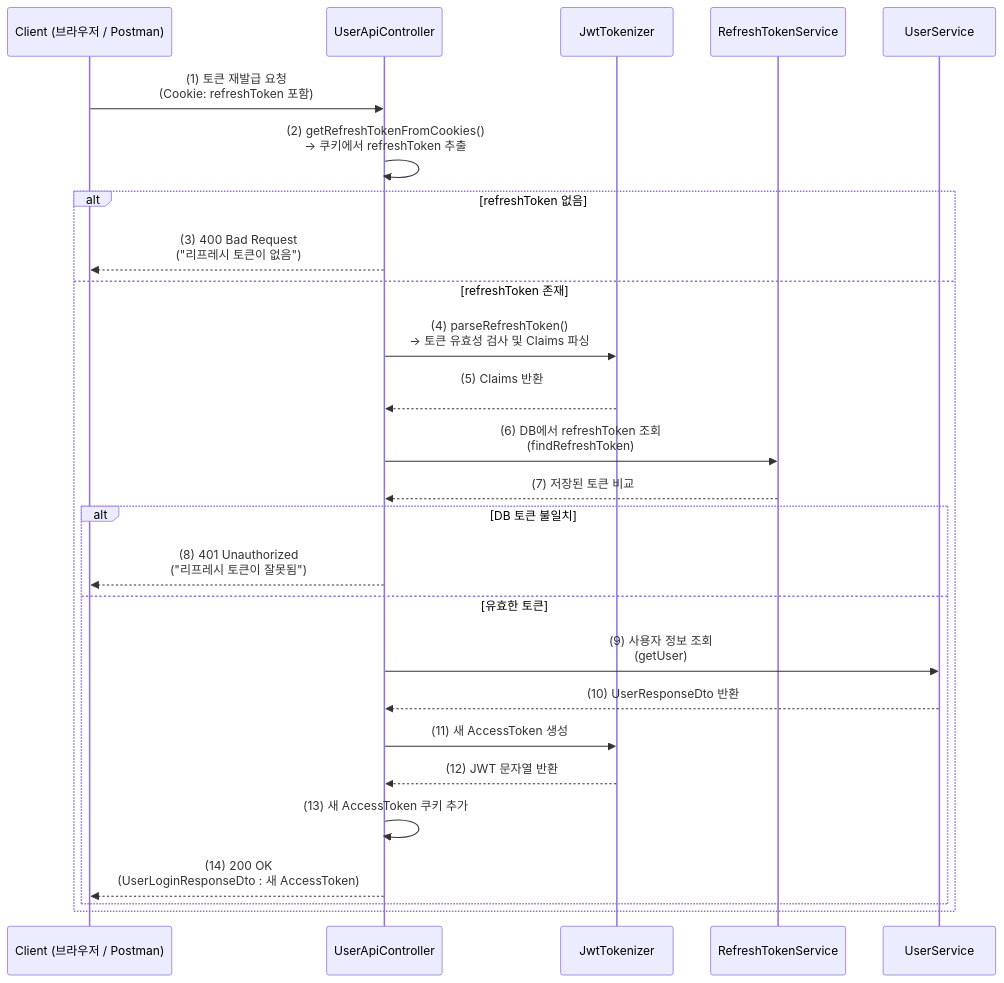
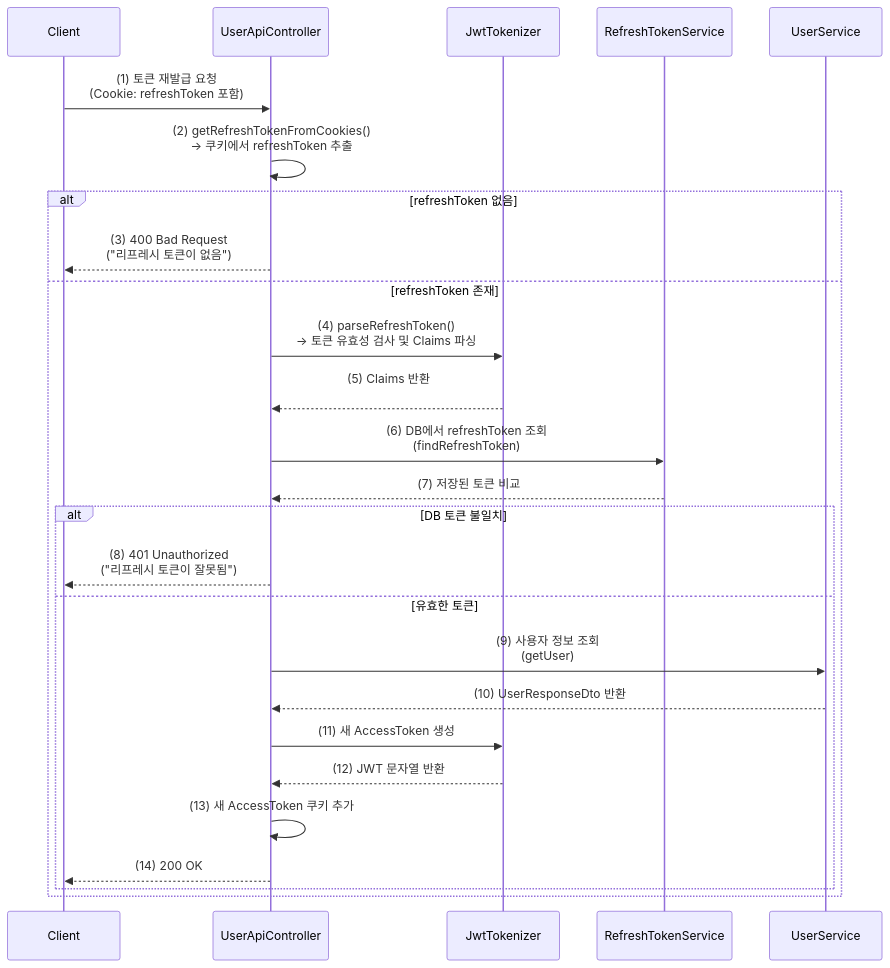
The third of 5 diagrams in src/week_13/_1112/1112내용.md (star1431/backend), drawn with Mermaid before and after one commit. The commit also changed other lines of this file and 4 other files, not shown here.

````diff
--- a/src/week_13/_1112/1112내용.md
+++ b/src/week_13/_1112/1112내용.md
@@ -137,29 +137,29 @@
 ```mermaid
 sequenceDiagram
-    participant C as Client (브라우저 / Postman)
+    participant C as Client
     participant UC as UserApiController
     participant JT as JwtTokenizer
     participant RS as RefreshTokenService
     participant US as UserService
 
     C->>UC: (1) 토큰 재발급 요청<br>(Cookie: refreshToken 포함)
     UC->>UC: (2) getRefreshTokenFromCookies()<br>→ 쿠키에서 refreshToken 추출
     alt refreshToken 없음
         UC-->>C: (3) 400 Bad Request<br>("리프레시 토큰이 없음")
     else refreshToken 존재
         UC->>JT: (4) parseRefreshToken()<br>→ 토큰 유효성 검사 및 Claims 파싱
         JT-->>UC: (5) Claims 반환<br>
         UC->>RS: (6) DB에서 refreshToken 조회<br>(findRefreshToken)
         RS-->>UC: (7) 저장된 토큰 비교
         alt DB 토큰 불일치
             UC-->>C: (8) 401 Unauthorized<br>("리프레시 토큰이 잘못됨")
         else 유효한 토큰
             UC->>US: (9) 사용자 정보 조회<br>(getUser)
             US-->>UC: (10) UserResponseDto 반환
             UC->>JT: (11) 새 AccessToken 생성
             JT-->>UC: (12) JWT 문자열 반환
             UC->>UC: (13) 새 AccessToken 쿠키 추가
-            UC-->>C: (14) 200 OK<br>(UserLoginResponseDto : 새 AccessToken)
+            UC-->>C: (14) 200 OK
         end
     end
 ```
````
